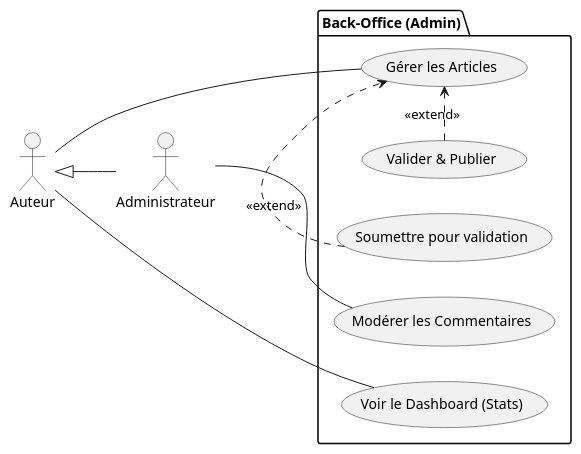
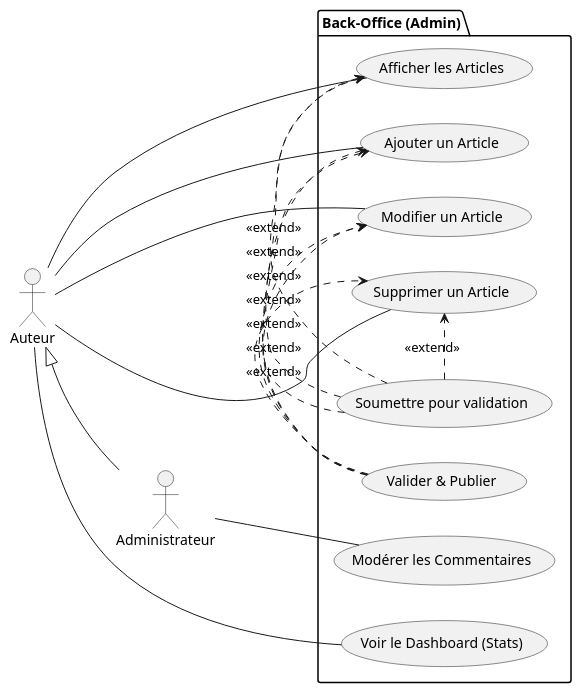
One commit to AZIZ-Soufiane/Blog-Solicode-Documentation changed the diagram in Fonctionnalités et cas d'utilisation/mvp/uc-mvp-admin.puml. Above: the diagram before and after it, drawn with PlantUML.

Commit message:
update use case diagram

```diff
--- a/Fonctionnalités et cas d'utilisation/mvp/uc-mvp-admin.puml
+++ b/Fonctionnalités et cas d'utilisation/mvp/uc-mvp-admin.puml
@@ -1,31 +1,44 @@
-@startuml
+@startuml UC_MVP_Admin
 left to right direction
 actor "Auteur" as Author
 actor "Administrateur" as Admin
 
 Author <|-- Admin
 
 package "Back-Office (Admin)" {
   ' --- 1. Espace Commun ---
   usecase "Voir le Dashboard (Stats)" as UC_Dashboard
 
   ' --- 2. Gestion Content ---
-  usecase "Gérer les Articles" as UC_CRUD
+  usecase "Afficher les Articles" as UC_View
+  usecase "Ajouter un Article" as UC_Add
+  usecase "Modifier un Article" as UC_Edit
+  usecase "Supprimer un Article" as UC_Delete
   usecase "Soumettre pour validation" as UC_Submit
   usecase "Valider & Publier" as UC_Publish
 
   ' --- 3. Gestion Admin ---
   usecase "Modérer les Commentaires" as UC_Moderate
 }
 
 ' Relations Auteur
 Author -- UC_Dashboard
-Author -- UC_CRUD
+Author -- UC_View
+Author -- UC_Add
+Author -- UC_Edit
+Author -- UC_Delete
 
-' Extensions Gérer Articles
-UC_Submit .> UC_CRUD : <<extend>>
-UC_Publish .> UC_CRUD : <<extend>>
+' Extensions Gestion Articles
+UC_Submit .> UC_View : <<extend>>
+UC_Submit .> UC_Add : <<extend>>
+UC_Submit .> UC_Edit : <<extend>>
+UC_Submit .> UC_Delete : <<extend>>
+
+UC_Publish .> UC_View : <<extend>>
+UC_Publish .> UC_Add : <<extend>>
+UC_Publish .> UC_Edit : <<extend>>
+UC_Publish .> UC_Delete : <<extend>>
 
 ' Relations Admin
 Admin -- UC_Moderate
 @enduml
```
